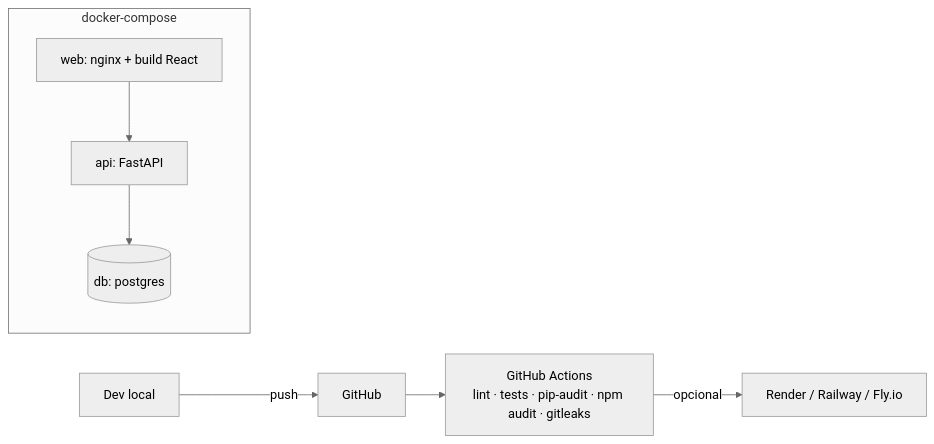
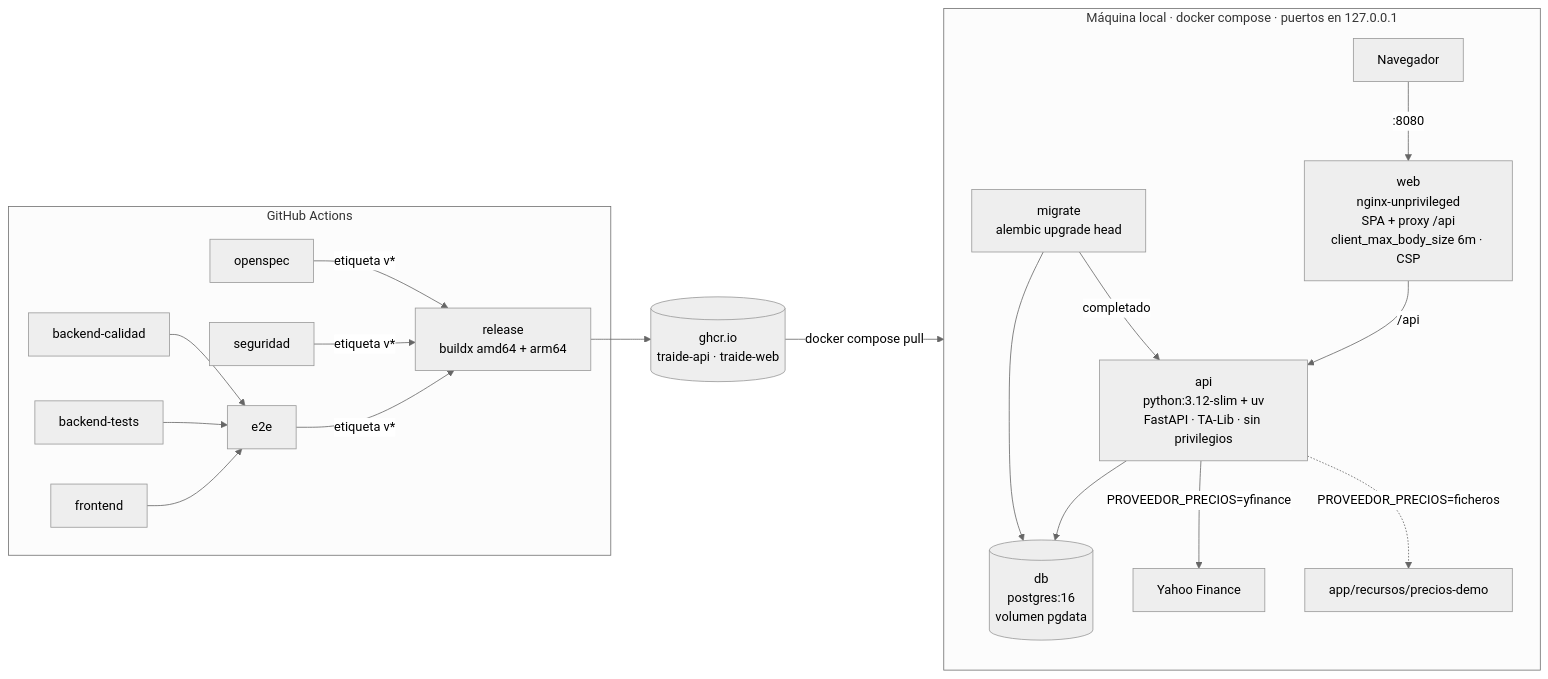
The second of 3 diagrams in readme.md (mobiletestapplication/AI4Devs-finalproject), drawn with Mermaid (neutral theme) before and after one commit. The commit also changed other lines of this file and 11 other files, not shown here.

````diff
--- a/readme.md
+++ b/readme.md
@@ -229,10 +389,21 @@
 ```mermaid
 flowchart LR
-    DEV[Dev local] -->|push| GH[GitHub]
-    GH --> CI[GitHub Actions<br/>lint · tests · pip-audit · npm audit · gitleaks]
-    CI -->|opcional| DEP[Render / Railway / Fly.io]
-    subgraph docker-compose
-        WEB[web: nginx + build React] --> APIC[api: FastAPI]
-        APIC --> PG[(db: postgres)]
+    subgraph Local [Máquina local · docker compose · puertos en 127.0.0.1]
+        B[Navegador] -->|:8080| WEB[web<br/>nginx-unprivileged<br/>SPA + proxy /api<br/>client_max_body_size 6m · CSP]
+        WEB -->|/api| API[api<br/>python:3.12-slim + uv<br/>FastAPI · TA-Lib · sin privilegios]
+        MIG[migrate<br/>alembic upgrade head] -->|completado| API
+        API --> DB[(db<br/>postgres:16<br/>volumen pgdata)]
+        MIG --> DB
+        API -->|PROVEEDOR_PRECIOS=yfinance| YF[Yahoo Finance]
+        API -.->|PROVEEDOR_PRECIOS=ficheros| CSV[app/recursos/precios-demo]
     end
+
+    subgraph CI [GitHub Actions]
+        J0[openspec] & J1[backend-calidad] & J2[backend-tests] & J3[frontend] & J4[seguridad]
+        J1 & J2 & J3 --> J5[e2e]
+        J0 & J4 & J5 -->|etiqueta v*| REL[release<br/>buildx amd64 + arm64]
+    end
+
+    REL --> GHCR[(ghcr.io<br/>traide-api · traide-web)]
+    GHCR -->|docker compose pull| Local
 ```
````
